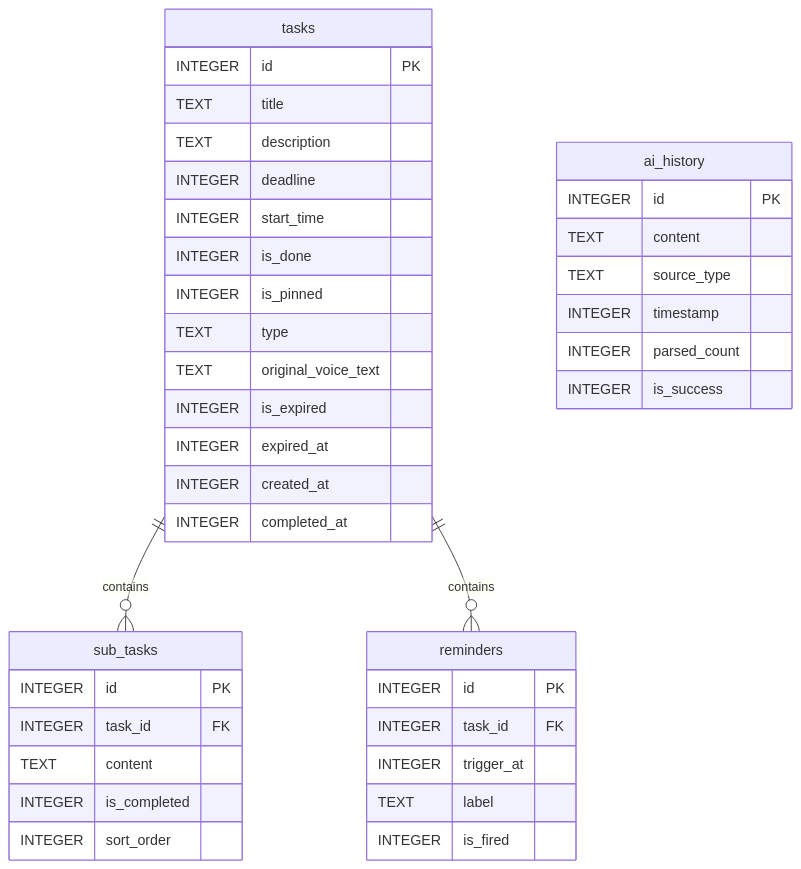
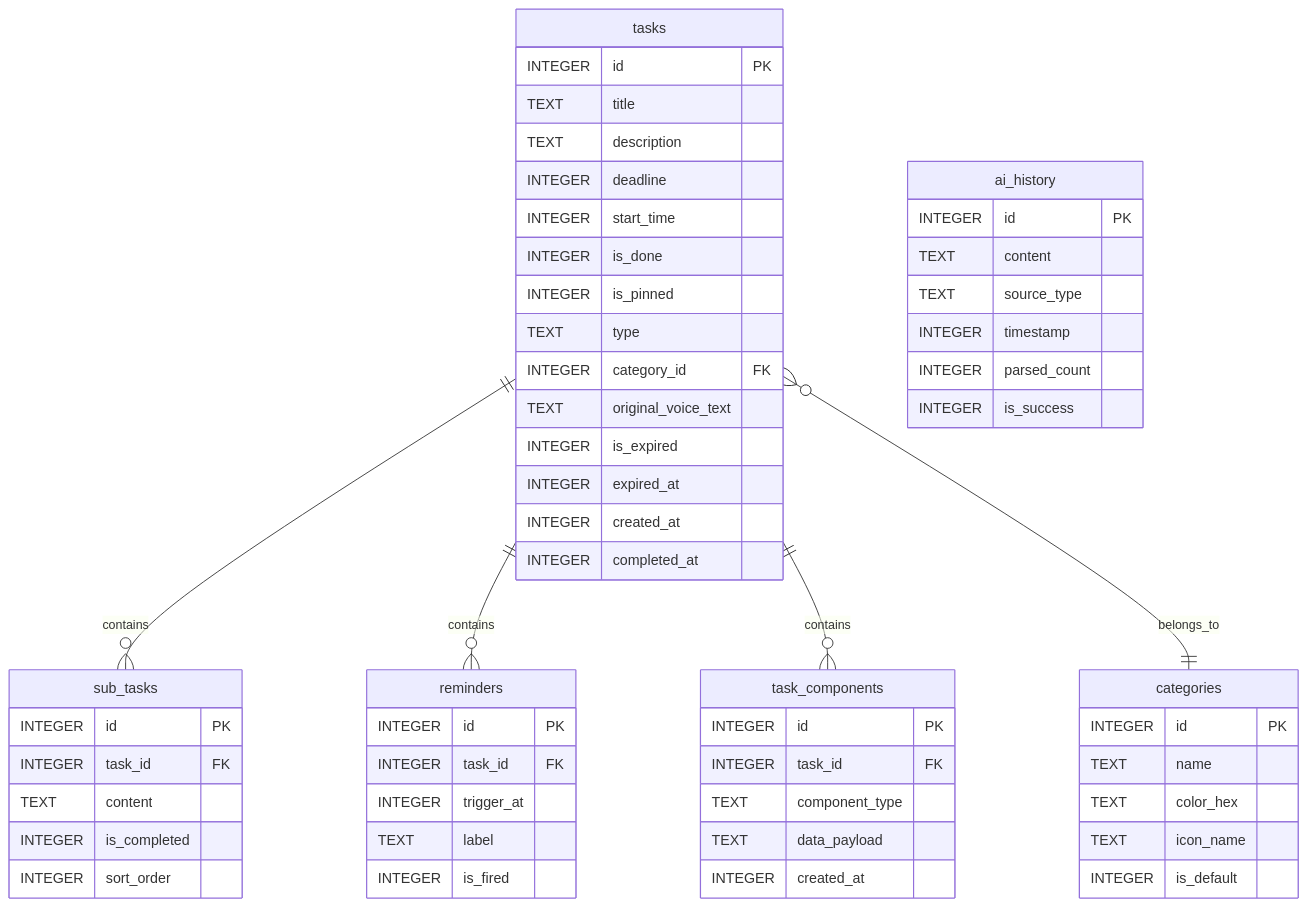
One commit to cdz-hy/LiteTask changed the diagram in docs/DatabaseStructure.md. Above: the diagram before and after it, drawn with Mermaid. The commit also changed other lines of this file and 3 other files, not shown here.

````diff
--- a/docs/DatabaseStructure.md
+++ b/docs/DatabaseStructure.md
@@ -121,46 +179,65 @@
 ```mermaid
 erDiagram
     tasks ||--o{ sub_tasks : contains
     tasks ||--o{ reminders : contains
+    tasks ||--o{ task_components : contains
+    tasks }o--|| categories : belongs_to
     
     tasks {
         INTEGER id PK
         TEXT title
         TEXT description
         INTEGER deadline
         INTEGER start_time
         INTEGER is_done
         INTEGER is_pinned
         TEXT type
+        INTEGER category_id FK
         TEXT original_voice_text
         INTEGER is_expired
         INTEGER expired_at
         INTEGER created_at
         INTEGER completed_at
     }
     
     sub_tasks {
         INTEGER id PK
         INTEGER task_id FK
         TEXT content
         INTEGER is_completed
         INTEGER sort_order
     }
     
     reminders {
         INTEGER id PK
         INTEGER task_id FK
         INTEGER trigger_at
         TEXT label
         INTEGER is_fired
     }
 
+    categories {
+        INTEGER id PK
+        TEXT name
+        TEXT color_hex
+        TEXT icon_name
+        INTEGER is_default
+    }
+
+    task_components {
+        INTEGER id PK
+        INTEGER task_id FK
+        TEXT component_type
+        TEXT data_payload
+        INTEGER created_at
+    }
+
     ai_history {
         INTEGER id PK
         TEXT content
         TEXT source_type
         INTEGER timestamp
         INTEGER parsed_count
         INTEGER is_success
     }
 ```
````
